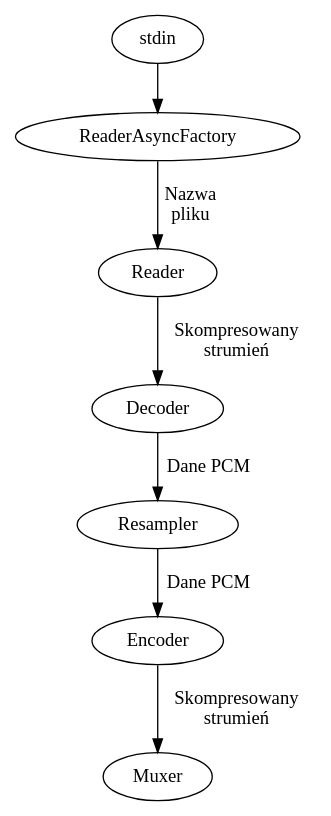
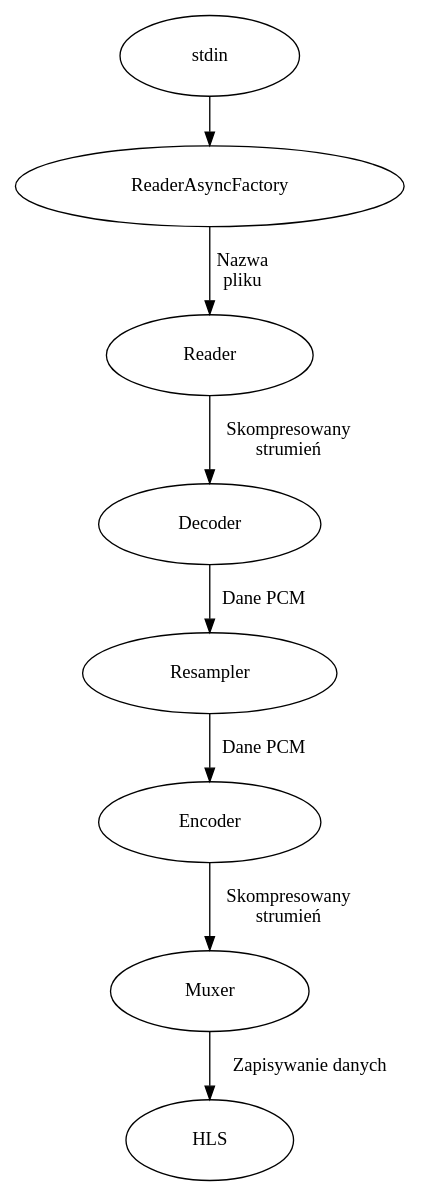
Before and after one commit to HakierGrzonzo/modradio: the diagram in docs/pipeline.dot, drawn with Graphviz. The commit also changed 5 other files, not shown here.

```diff
--- a/docs/pipeline.dot
+++ b/docs/pipeline.dot
@@ -1,15 +1,20 @@
 digraph G {
+    node    [
+        margin=".4,.2"
+    ]
     ReaderAsyncFactory;
     Reader;
     Decoder;
     Resampler;
     Encoder;
     Muxer;
+    HLS;
 
     stdin -> ReaderAsyncFactory;
     ReaderAsyncFactory -> Reader[label="Nazwa\npliku"];
     Reader -> Decoder[label="Skompresowany\nstrumień"]
-    Decoder -> Resampler[label="Dane PCM"]
-    Resampler -> Encoder[label="Dane PCM"]
+    Decoder -> Resampler[label=" Dane PCM"]
+    Resampler -> Encoder[label=" Dane PCM"]
     Encoder -> Muxer[label="Skompresowany\nstrumień"]
+    Muxer -> HLS [label=" Zapisywanie danych"]
 }
```
